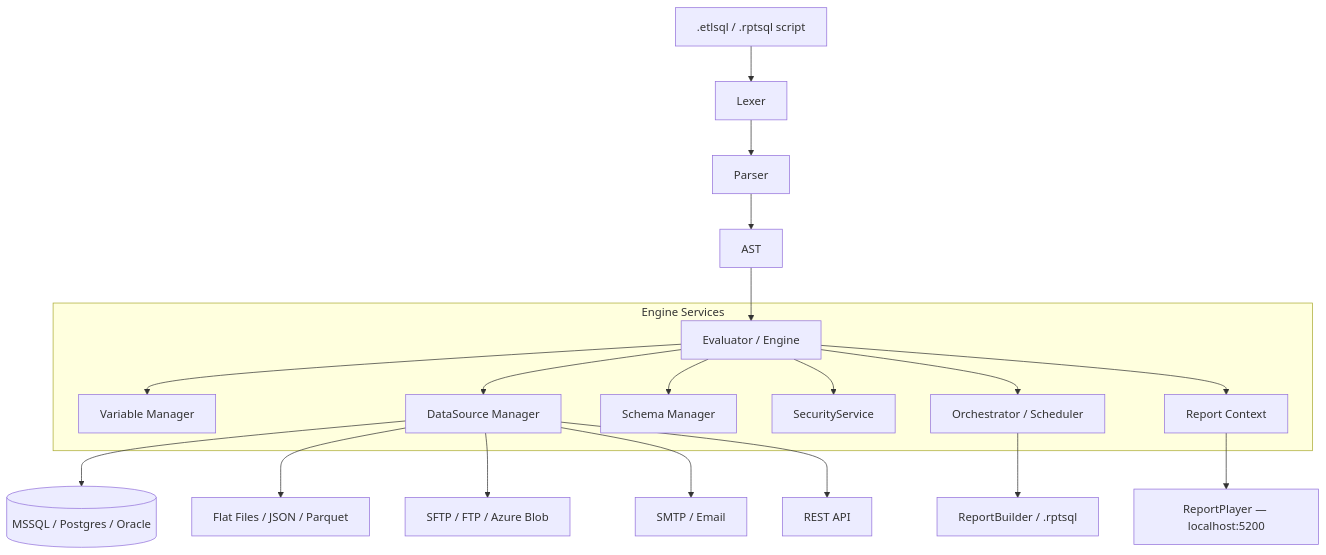
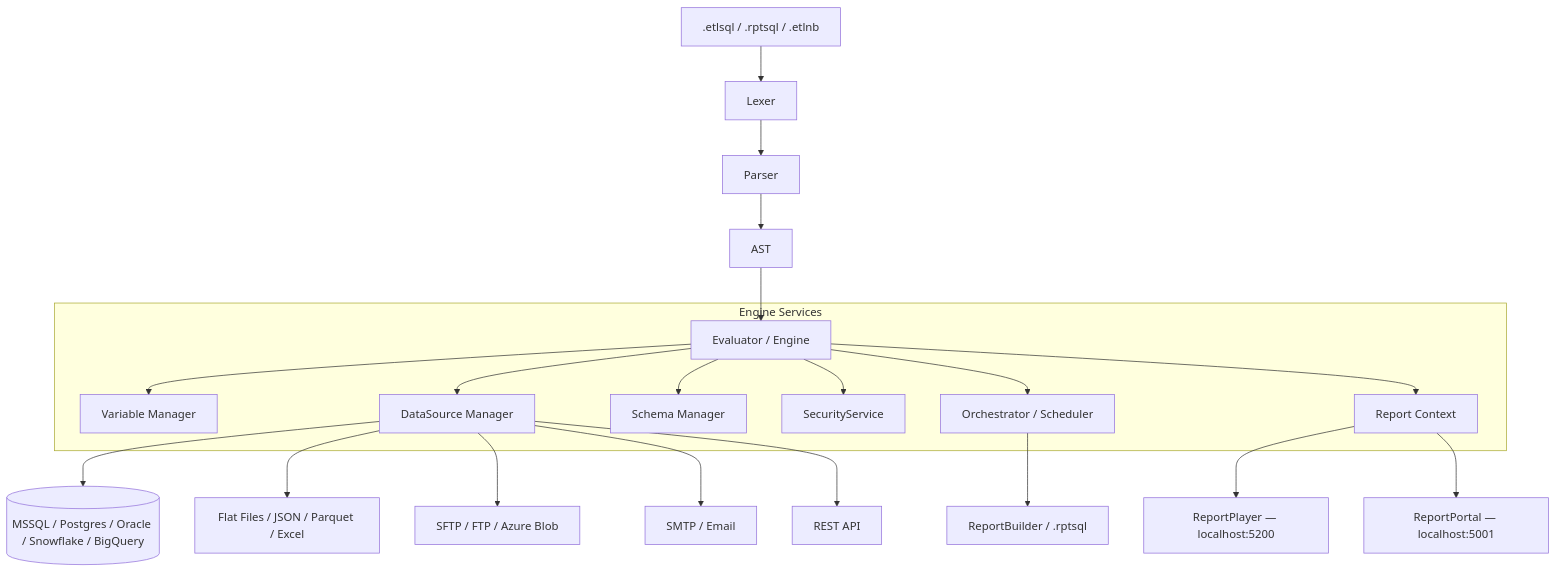
One commit to etl-sql/ETL-SQL changed the diagram in README.md. Above: the diagram before and after it, drawn with Mermaid. The commit also changed other lines of this file, not shown here.

````diff
--- a/README.md
+++ b/README.md
@@ -337,24 +421,25 @@
 ```mermaid
 graph TD
-    A[".etlsql / .rptsql script"] --> B[Lexer]
+    A[".etlsql / .rptsql / .etlnb"] --> B[Lexer]
     B --> C[Parser]
     C --> D[AST]
     D --> E[Evaluator / Engine]
 
     subgraph Engine Services
         E --> F[Variable Manager]
         E --> G[DataSource Manager]
         E --> H[Schema Manager]
         E --> S[SecurityService]
         E --> O[Orchestrator / Scheduler]
         E --> R[Report Context]
     end
 
-    G --> I[(MSSQL / Postgres / Oracle)]
-    G --> J[Flat Files / JSON / Parquet]
+    G --> I[(MSSQL / Postgres / Oracle / Snowflake / BigQuery)]
+    G --> J[Flat Files / JSON / Parquet / Excel]
     G --> K[SFTP / FTP / Azure Blob]
     G --> L[SMTP / Email]
     G --> M[REST API]
     O --> N[ReportBuilder / .rptsql]
     R --> P[ReportPlayer — localhost:5200]
+    R --> Q[ReportPortal — localhost:5001]
 ```
````
